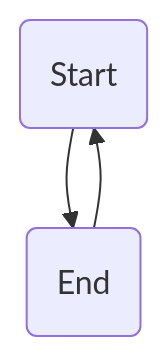
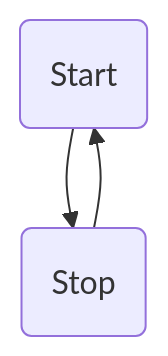
One commit to afritzler/afritzler changed the diagram in README.md. Above: the diagram before and after it, drawn with Mermaid.

````diff
--- a/README.md
+++ b/README.md
@@ -1,5 +1,5 @@
 ```mermaid
   graph TD;
-    start(Start)-->stop(End);
+    start(Start)-->stop(Stop);
     stop-->start;
 ```
````
